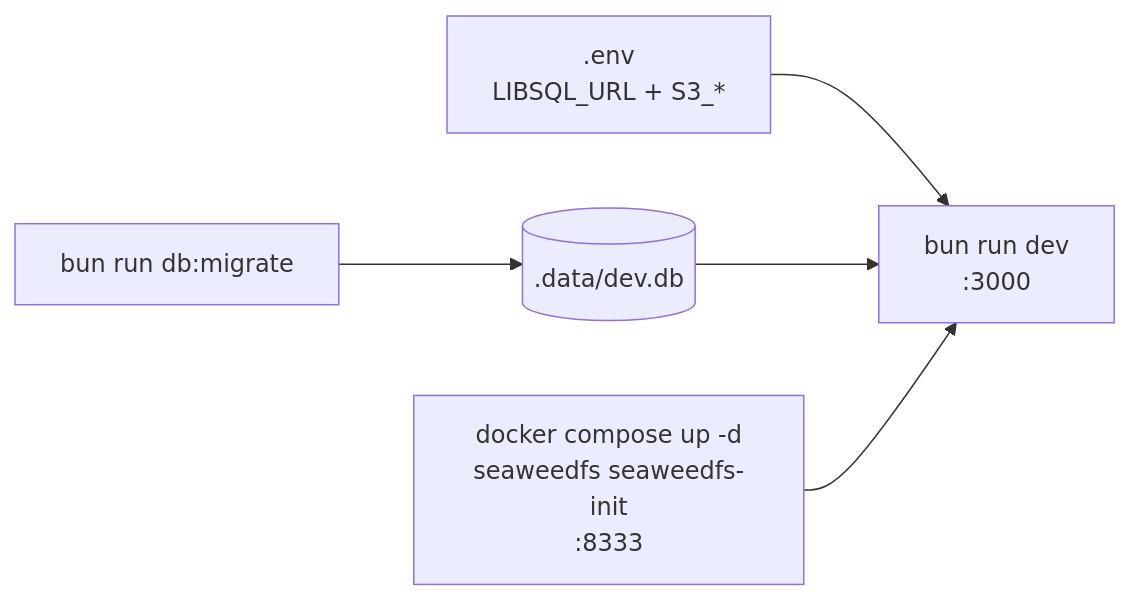
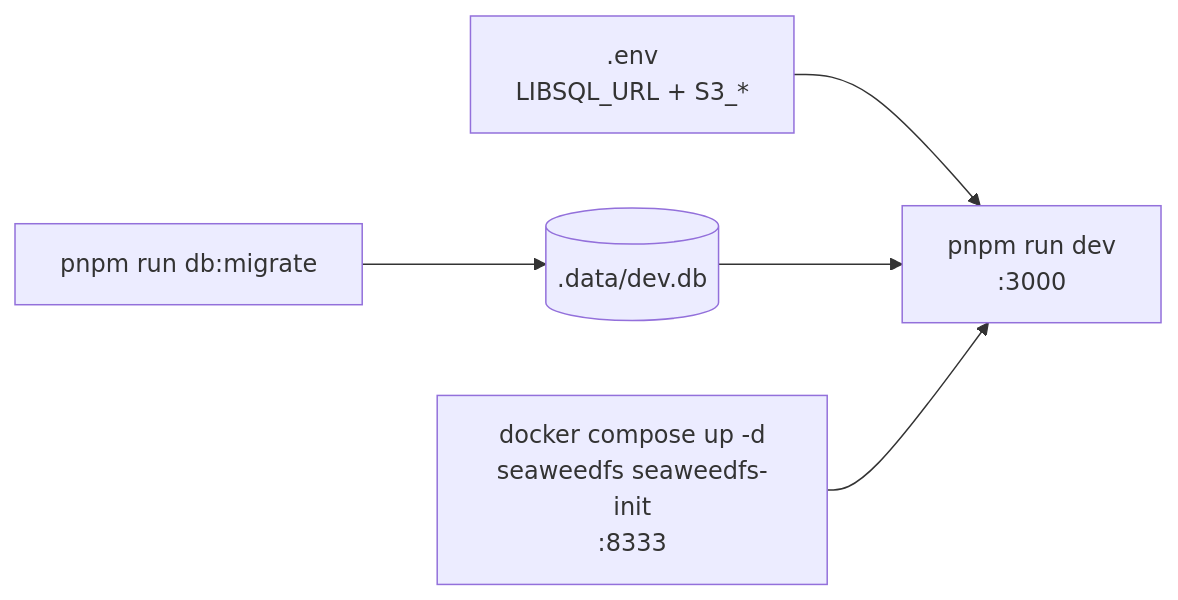
Before and after one commit to arm-code/sakesealv: the sixth of 7 diagrams in docs/ARCHITECTURE.md, drawn with Mermaid. The commit also changed other lines of this file and 11 other files, not shown here.

First line of the commit message:
build: Node + pnpm en lugar de Bun (funciona en CPUs viejos y nuevos)

````diff
--- a/docs/ARCHITECTURE.md
+++ b/docs/ARCHITECTURE.md
@@ -264,7 +264,7 @@
 ```mermaid
 flowchart LR
-    ENV[".env<br/>LIBSQL_URL + S3_*"] --> DEV["bun run dev<br/>:3000"]
-    MIG["bun run db:migrate"] --> DBF[(".data/dev.db")]
+    ENV[".env<br/>LIBSQL_URL + S3_*"] --> DEV["pnpm run dev<br/>:3000"]
+    MIG["pnpm run db:migrate"] --> DBF[(".data/dev.db")]
     DBF --> DEV
     SW["docker compose up -d<br/>seaweedfs seaweedfs-init<br/>:8333"] --> DEV
 ```
````
